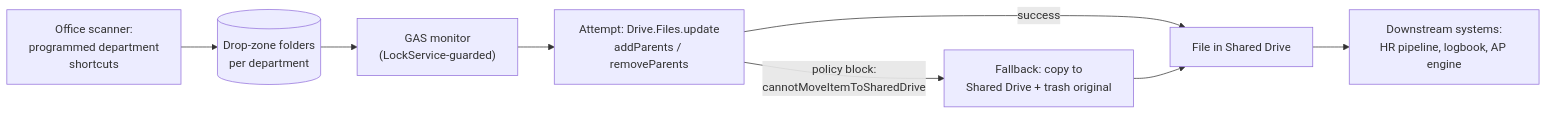
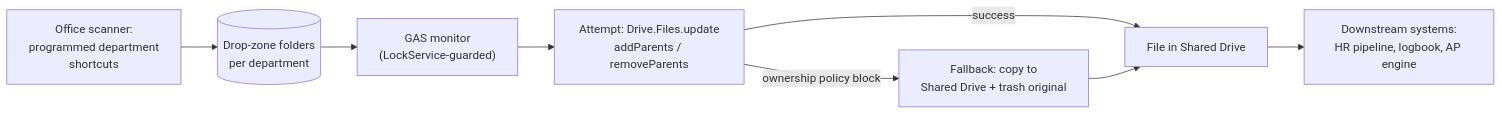
Before and after one commit to MatthiasBusscher/automation-portfolio: the diagram in case-studies/13-scanner-to-cloud-routing.md, drawn with Mermaid. The commit also changed other lines of this file and 16 other files, not shown here.

````diff
--- a/case-studies/13-scanner-to-cloud-routing.md
+++ b/case-studies/13-scanner-to-cloud-routing.md
@@ -13,10 +13,10 @@
 ```mermaid
 flowchart LR
     SCAN["Office scanner:<br/>programmed department<br/>shortcuts"] --> DROP[("Drop-zone folders<br/>per department")]
     DROP --> MON["GAS monitor<br/>(LockService-guarded)"]
     MON --> TRY["Attempt: Drive.Files.update<br/>addParents / removeParents"]
     TRY -- success --> DONE["File in Shared Drive"]
-    TRY -- "policy block:<br/>cannotMoveItemToSharedDrive" --> FB["Fallback: copy to<br/>Shared Drive + trash original"]
+    TRY -- "ownership policy block" --> FB["Fallback: copy to<br/>Shared Drive + trash original"]
     FB --> DONE
     DONE --> NEXT["Downstream systems:<br/>HR pipeline, logbook, AP engine"]
 ```
````
